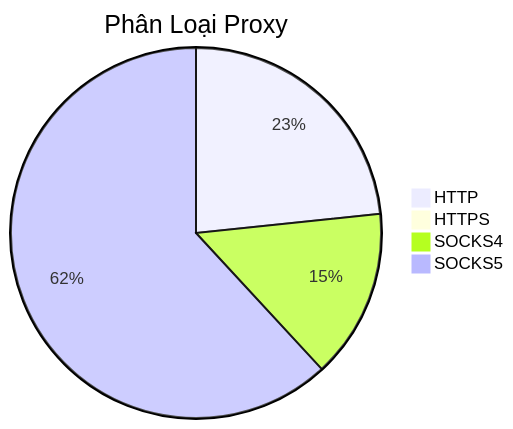
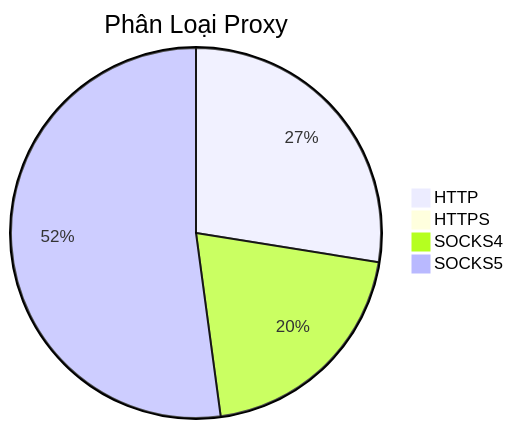
Before and after one commit to Ciara-Aa/PROXY-free: the diagram in README.md, drawn with Mermaid. The commit also changed other lines of this file and 4 other files, not shown here.

````diff
--- a/README.md
+++ b/README.md
@@ -26,7 +26,7 @@
 ```mermaid
 pie title Phân Loại Proxy
-    "HTTP" : 469
-    "HTTPS" : 5
-    "SOCKS4" : 297
-    "SOCKS5" : 1243
+    "HTTP" : 452
+    "HTTPS" : 2
+    "SOCKS4" : 334
+    "SOCKS5" : 856
 ```
````
